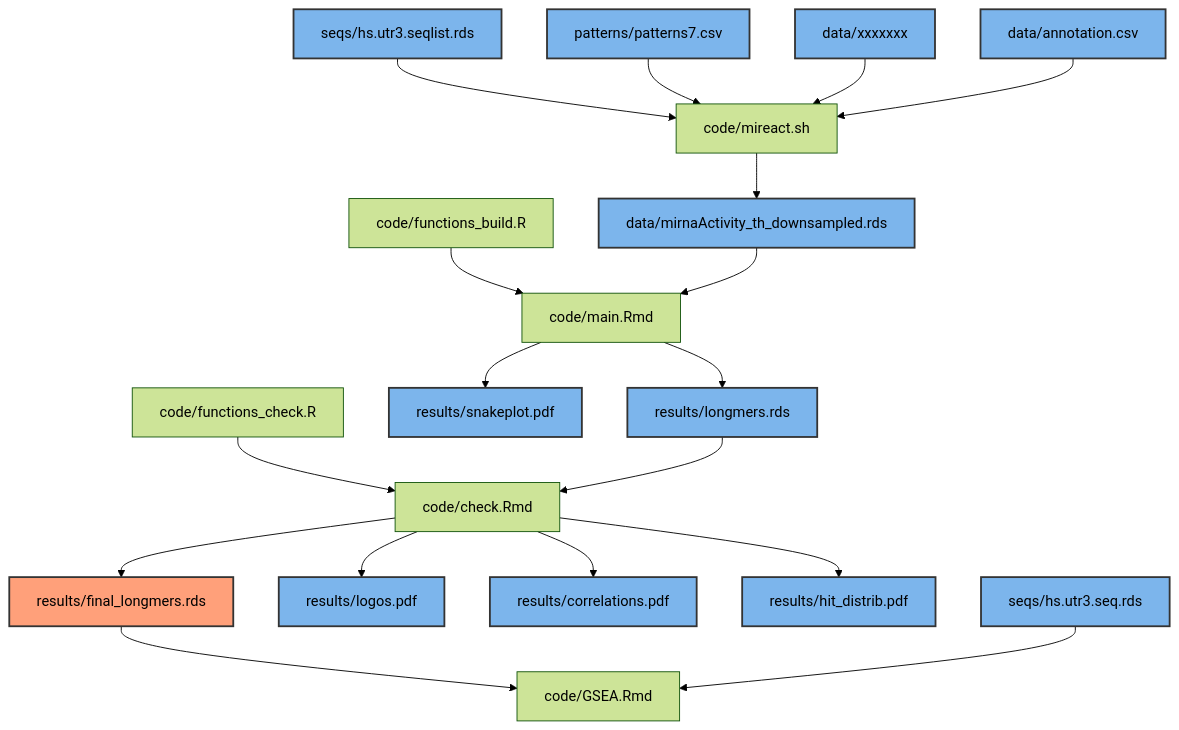
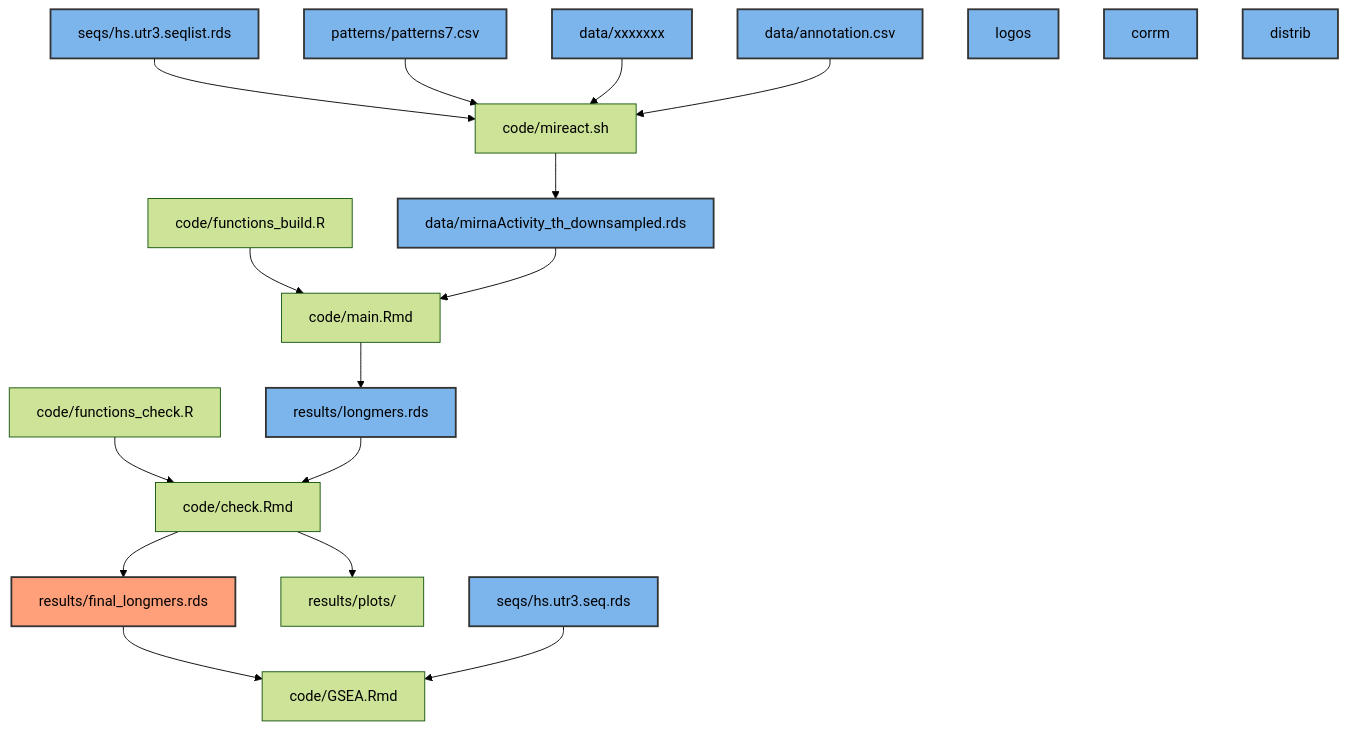
Before and after one commit to PaulaRodrigoMartin/SMLB: the diagram in README.md, drawn with Mermaid (forest theme).

````diff
--- a/README.md
+++ b/README.md
@@ -1,55 +1,48 @@
 ```mermaid
 graph TD;
     seqlist[seqs/hs.utr3.seqlist.rds]
     seqs[seqs/hs.utr3.seq.rds]
     mireact_input[data/xxxxxxx]
     miReact_output[data/mirnaActivity_th_downsampled.rds]
     7mers[patterns/patterns7.csv]
     annotation[data/annotation.csv]
     miReact[code/mireact.sh]
     functions[code/functions_build.R]
     functionsc[code/functions_check.R]
     main_notebook[code/main.Rmd]
     check_notebook[code/check.Rmd]
     GSEA[code/GSEA.Rmd]
-    logos[results/logos.pdf]
-    corrm[results/correlations.pdf]
-    distrib[results/hit_distrib.pdf]
-    snakeplot[results/snakeplot.pdf]
+    plots[results/plots/]
     longmers[results/longmers.rds]
     finallongmers[results/final_longmers.rds]
     
 
     style seqlist fill:#7cb5ec,stroke:#333,stroke-width:2px;
     style miReact_output fill:#7cb5ec,stroke:#333,stroke-width:2px;
     style 7mers fill:#7cb5ec,stroke:#333,stroke-width:2px;
     style mireact_input fill:#7cb5ec,stroke:#333,stroke-width:2px;
     style seqs fill:#7cb5ec,stroke:#333,stroke-width:2px;
     style annotation fill:#7cb5ec,stroke:#333,stroke-width:2px;
     style logos fill:#7cb5ec,stroke:#333,stroke-width:2px;
     style corrm fill:#7cb5ec,stroke:#333,stroke-width:2px;
     style distrib fill:#7cb5ec,stroke:#333,stroke-width:2px;
-    style snakeplot fill:#7cb5ec,stroke:#333,stroke-width:2px;
     style longmers fill:#7cb5ec,stroke:#333,stroke-width:2px;
     style finallongmers fill:#FFA07A,stroke:#333,stroke-width:2px;
 
 
     seqlist-->miReact
     7mers-->miReact
     mireact_input-->miReact
     annotation-->miReact
     miReact-->miReact_output
     functions-->main_notebook
     functionsc-->check_notebook
     main_notebook-->longmers
     longmers-->check_notebook
-    check_notebook-->logos
-    check_notebook-->corrm
-    check_notebook-->distrib
+    check_notebook-->plots
     check_notebook-->finallongmers
     finallongmers-->GSEA
     seqs-->GSEA
-    main_notebook--> snakeplot
     miReact_output-->main_notebook
 
 ```
````
